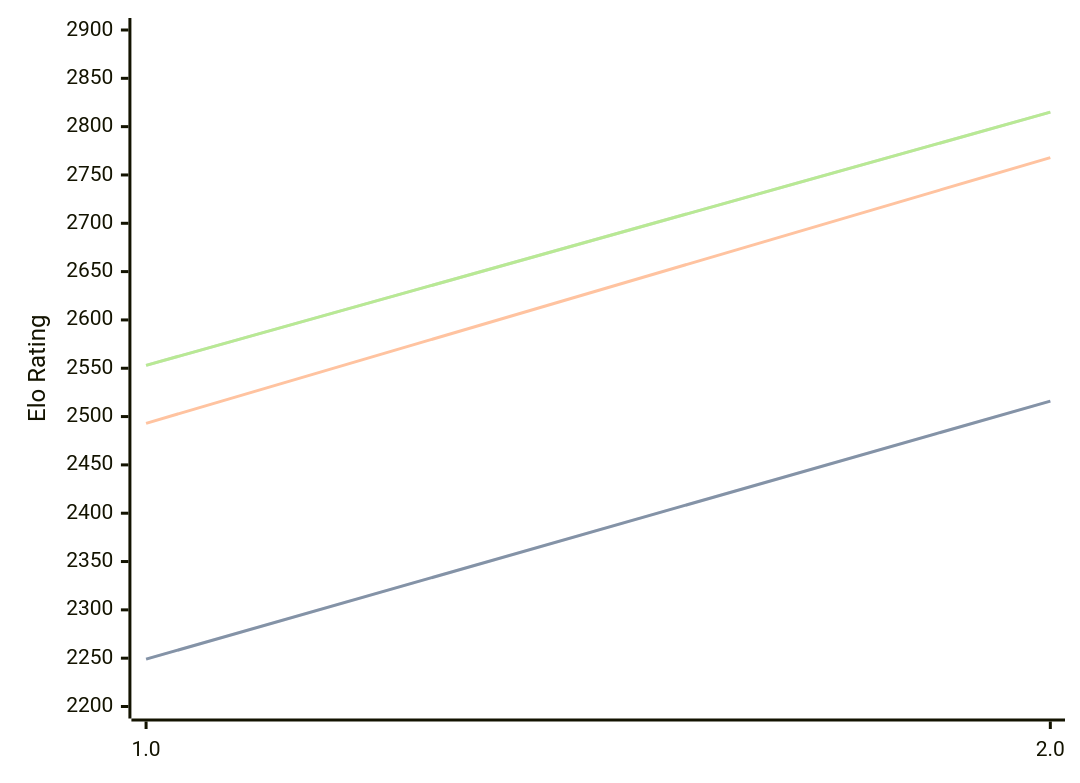
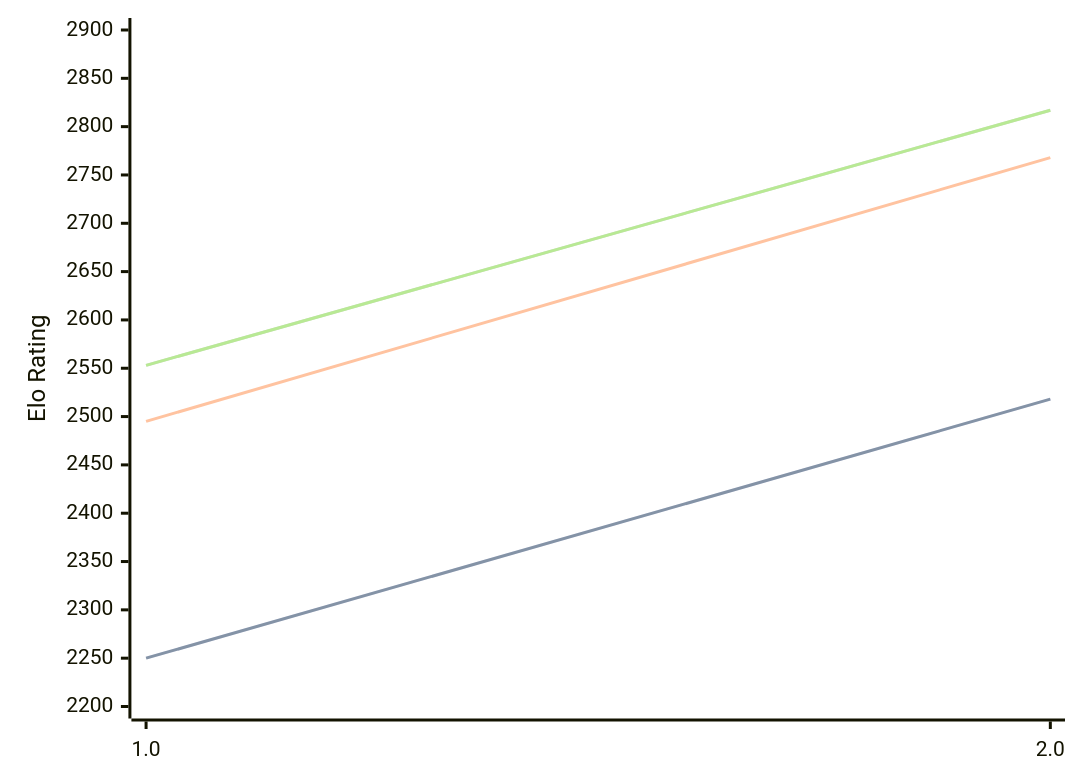
Before and after one commit to computer-chess-index/cci: the first of 3 diagrams in engines/Revolver.md, drawn with Mermaid. The commit also changed other lines of this file, not shown here.

Commit message:
Update CCI Ratings (ELO VLTC) - 2026-06-24

````diff
--- a/engines/Revolver.md
+++ b/engines/Revolver.md
@@ -32,11 +32,11 @@
 ```mermaid
 %%{init: {"theme":"base","themeVariables":{"seriesColors:['#a3a3a3','#222221','#faa371']}}}%%
 xychart-beta
   x-axis ["1.0", "2.0"]
   y-axis "Elo Rating" 2200 --> 2900
-  line "STC (8.0+0.08s)" [2249, 2516]
-  line "STC (8.0+0.08s)" [2249, 2516]
-  line "LTC (60.0+0.60s)" [2493, 2768]
-  line "VLTC (2m24s+1.12s)" [2553, 2815]
-  line "VLTC (2m24s+1.12s)" [2553, 2815]
+  line "STC (8.0+0.08s)" [2250, 2518]
+  line "STC (8.0+0.08s)" [2250, 2518]
+  line "LTC (60.0+0.60s)" [2495, 2768]
+  line "VLTC (2m24s+1.12s)" [2553, 2817]
+  line "VLTC (2m24s+1.12s)" [2553, 2817]
 ```
````
